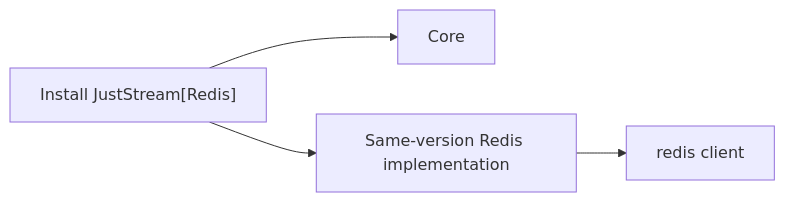
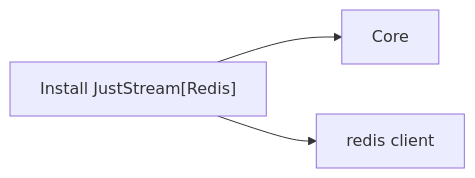
The diagram in docs/Packaging.en.md (yong5eon/JustStream), drawn with Mermaid before and after one commit. The commit also changed other lines of this file and 15 other files, not shown here.

````diff
--- a/docs/Packaging.en.md
+++ b/docs/Packaging.en.md
@@ -11,6 +11,5 @@
 ```mermaid
 flowchart LR
   A["Install JustStream[Redis]"] --> B["Core"]
-  A --> C["Same-version Redis implementation"]
-  C --> D["redis client"]
+  A --> C["redis client"]
 ```
````
